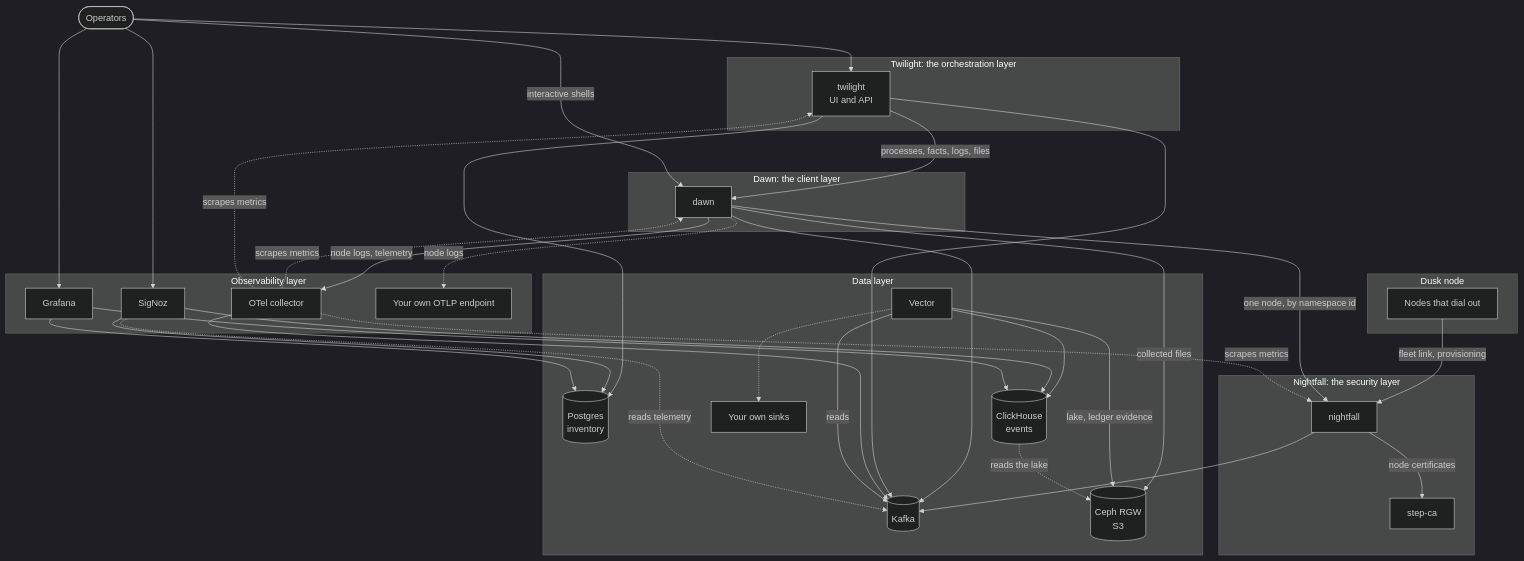
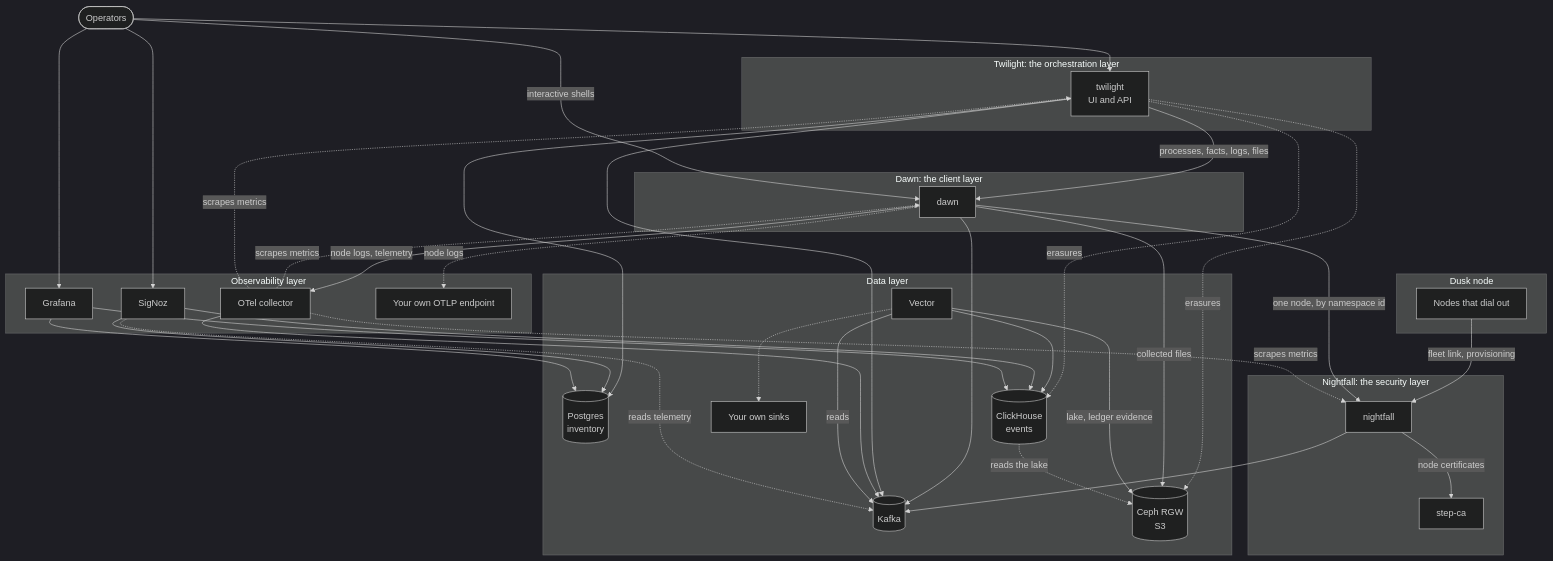
Before and after one commit to tomerze/dusk: the diagram in docs/docs/stack/index.md, drawn with Mermaid (dark theme). The commit also changed other lines of this file and 7 other files, not shown here.

````diff
--- a/docs/docs/stack/index.md
+++ b/docs/docs/stack/index.md
@@ -50,61 +53,63 @@
 ```mermaid
 flowchart TB
     operators(["Operators"])
     subgraph nodelayer ["Dusk node"]
         nodes["Nodes that dial out"]
     end
     subgraph security ["Nightfall: the security layer"]
         nightfall["nightfall"]
         stepca["step-ca"]
     end
     subgraph client ["Dawn: the client layer"]
         dawn["dawn"]
     end
     subgraph orchestration ["Twilight: the orchestration layer"]
         twilight["twilight<br>UI and API"]
     end
     subgraph data ["Data layer"]
         kafka[("Kafka")]
         vector["Vector"]
         postgres[("Postgres<br>inventory")]
         clickhouse[("ClickHouse<br>events")]
         ceph[("Ceph RGW<br>S3")]
         sinks["Your own sinks"]
     end
     subgraph observability ["Observability layer"]
         collector["OTel collector"]
         signoz["SigNoz"]
         grafana["Grafana"]
         otlp["Your own OTLP endpoint"]
     end
 
     nodes -- "fleet link, provisioning" --> nightfall
     nightfall -- "node certificates" --> stepca
     dawn -- "one node, by namespace id" --> nightfall
     twilight -- "processes, facts, logs, files" --> dawn
     operators --> twilight
     operators -- "interactive shells" --> dawn
     operators --> grafana
     operators --> signoz
     nightfall --> kafka
     dawn --> kafka
     twilight --> kafka
     twilight --> postgres
+    twilight -. "erasures" .-> clickhouse
+    twilight -. "erasures" .-> ceph
     dawn -- "collected files" --> ceph
     dawn -- "node logs, telemetry" --> collector
     dawn -. "node logs" .-> otlp
     collector --> kafka
     collector -. "scrapes metrics" .-> nightfall
     collector -. "scrapes metrics" .-> dawn
     collector -. "scrapes metrics" .-> twilight
     vector -- "reads" --> kafka
     vector --> clickhouse
     vector -- "lake, ledger evidence" --> ceph
     vector -.-> sinks
     clickhouse -. "reads the lake" .-> ceph
     signoz -. "reads telemetry" .-> kafka
     signoz --> clickhouse
     signoz --> postgres
     grafana --> postgres
     grafana --> clickhouse
 ```
````
